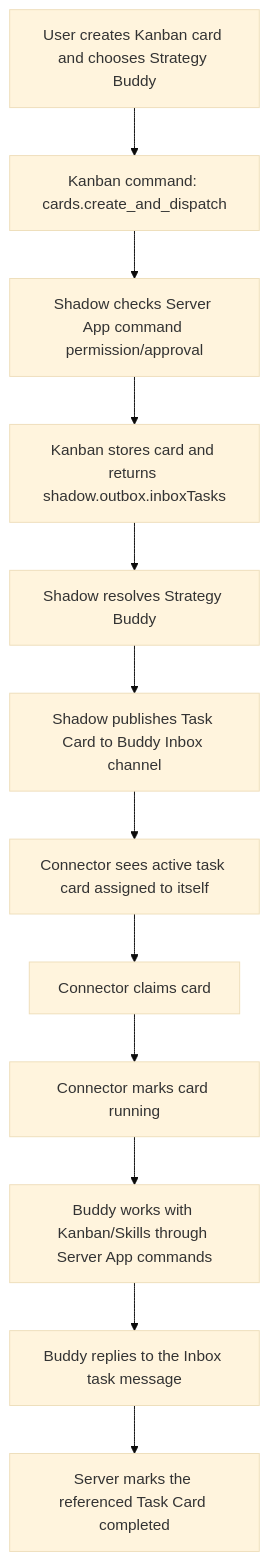
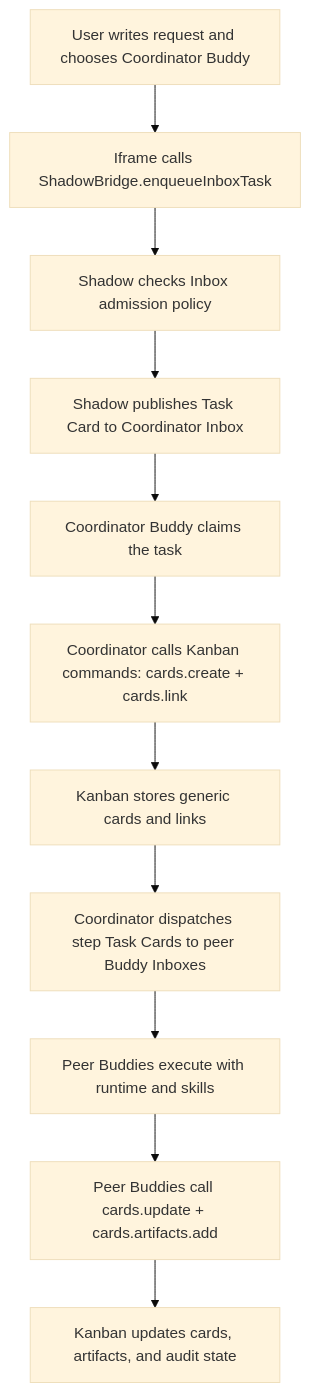
Before and after one commit to buggyblues/shadow: the first of 4 diagrams in docs/development/multica-shadow-server-app-research.zh-CN.md, drawn with Mermaid (base theme). The commit also changed other lines of this file and 228 other files, not shown here.

Commit message:
fix: stabilize buddy inbox checks

````diff
--- a/docs/development/multica-shadow-server-app-research.zh-CN.md
+++ b/docs/development/multica-shadow-server-app-research.zh-CN.md
@@ -234,14 +238,13 @@
 ```mermaid
 flowchart TD
-  A["User creates Kanban card and chooses Strategy Buddy"] --> B["Kanban command: cards.create_and_dispatch"]
-  B --> C["Shadow checks Server App command permission/approval"]
-  C --> D["Kanban stores card and returns shadow.outbox.inboxTasks"]
-  D --> E["Shadow resolves Strategy Buddy"]
-  E --> F["Shadow publishes Task Card to Buddy Inbox channel"]
-  F --> G["Connector sees active task card assigned to itself"]
-  G --> H["Connector claims card"]
-  H --> I["Connector marks card running"]
-  I --> J["Buddy works with Kanban/Skills through Server App commands"]
-  J --> K["Buddy replies to the Inbox task message"]
-  K --> L["Server marks the referenced Task Card completed"]
+  A["User writes request and chooses Coordinator Buddy"] --> B["Iframe calls ShadowBridge.enqueueInboxTask"]
+  B --> C["Shadow checks Inbox admission policy"]
+  C --> D["Shadow publishes Task Card to Coordinator Inbox"]
+  D --> E["Coordinator Buddy claims the task"]
+  E --> F["Coordinator calls Kanban commands: cards.create + cards.link"]
+  F --> G["Kanban stores generic cards and links"]
+  G --> H["Coordinator dispatches step Task Cards to peer Buddy Inboxes"]
+  H --> I["Peer Buddies execute with runtime and skills"]
+  I --> J["Peer Buddies call cards.update + cards.artifacts.add"]
+  J --> K["Kanban updates cards, artifacts, and audit state"]
 ```
````
